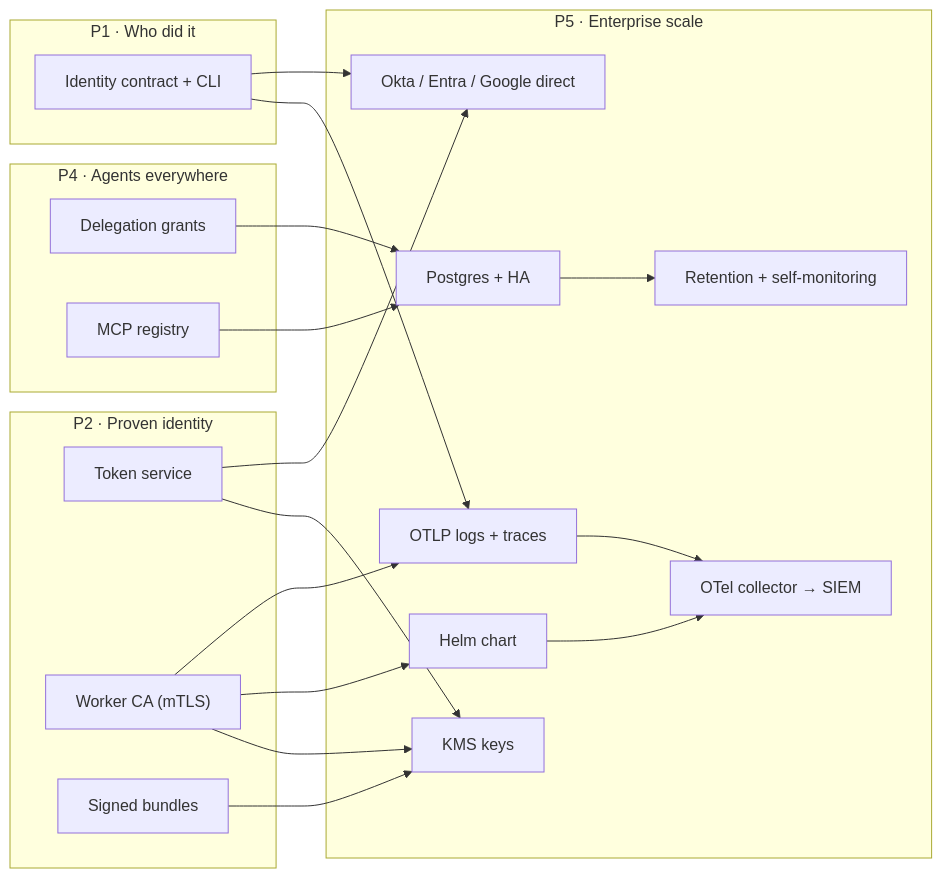
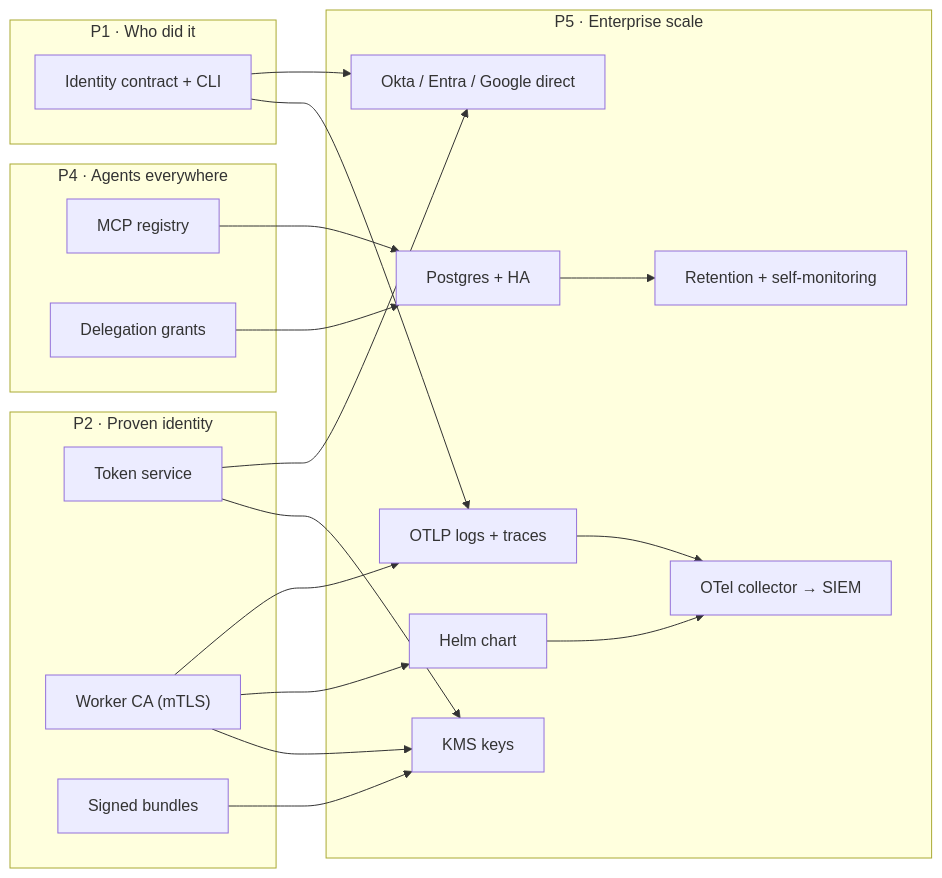
One commit to ethosagent/warden changed the fifth of 5 diagrams in docs/roadmap/README.md. Above: the diagram before and after it, drawn with Mermaid. The commit also changed other lines of this file and 35 other files, not shown here.

First line of the commit message:
docs(roadmap): review Phase 4 tickets with requirements, plans and acceptance

````diff
--- a/docs/roadmap/README.md
+++ b/docs/roadmap/README.md
@@ -263,37 +258,37 @@
 ```mermaid
 flowchart LR
   subgraph ph1["P1 · Who did it"]
     p1_identity_contract["Identity contract + CLI"]
   end
   subgraph ph2["P2 · Proven identity"]
     p2_token_service["Token service"]
     p2_worker_ca["Worker CA (mTLS)"]
     p2_signed_bundles["Signed bundles"]
   end
   subgraph ph4["P4 · Agents everywhere"]
+    p4_mcp_registry["MCP registry"]
     p4_grants["Delegation grants"]
-    p4_mcp_registry["MCP registry"]
   end
   subgraph ph5["P5 · Enterprise scale"]
     p5_idp_adapters["Okta / Entra / Google direct"]
     p5_postgres_ha["Postgres + HA"]
     p5_otlp["OTLP logs + traces"]
     p5_helm["Helm chart"]
     p5_kms["KMS keys"]
     p5_retention["Retention + self-monitoring"]
     p5_siem["OTel collector → SIEM"]
   end
   p1_identity_contract --> p5_idp_adapters
   p2_token_service --> p5_idp_adapters
   p4_grants --> p5_postgres_ha
   p4_mcp_registry --> p5_postgres_ha
   p1_identity_contract --> p5_otlp
   p2_worker_ca --> p5_otlp
   p2_worker_ca --> p5_helm
   p2_worker_ca --> p5_kms
   p2_signed_bundles --> p5_kms
   p2_token_service --> p5_kms
   p5_postgres_ha --> p5_retention
   p5_otlp --> p5_siem
   p5_helm --> p5_siem
 ```
````
